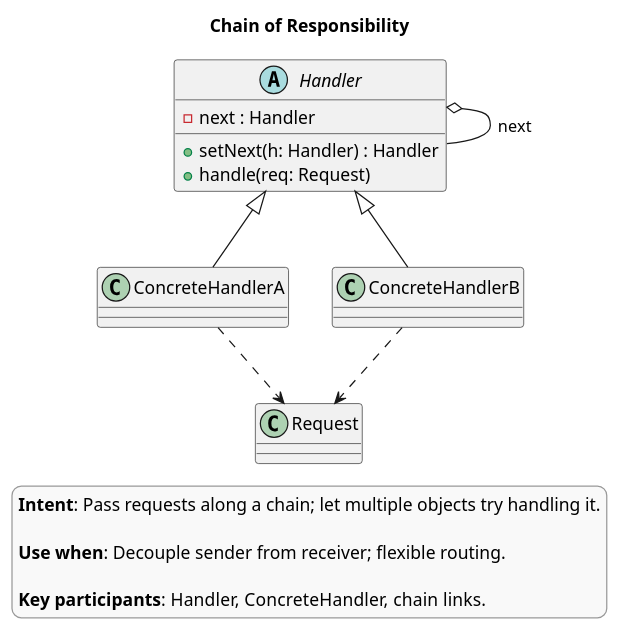
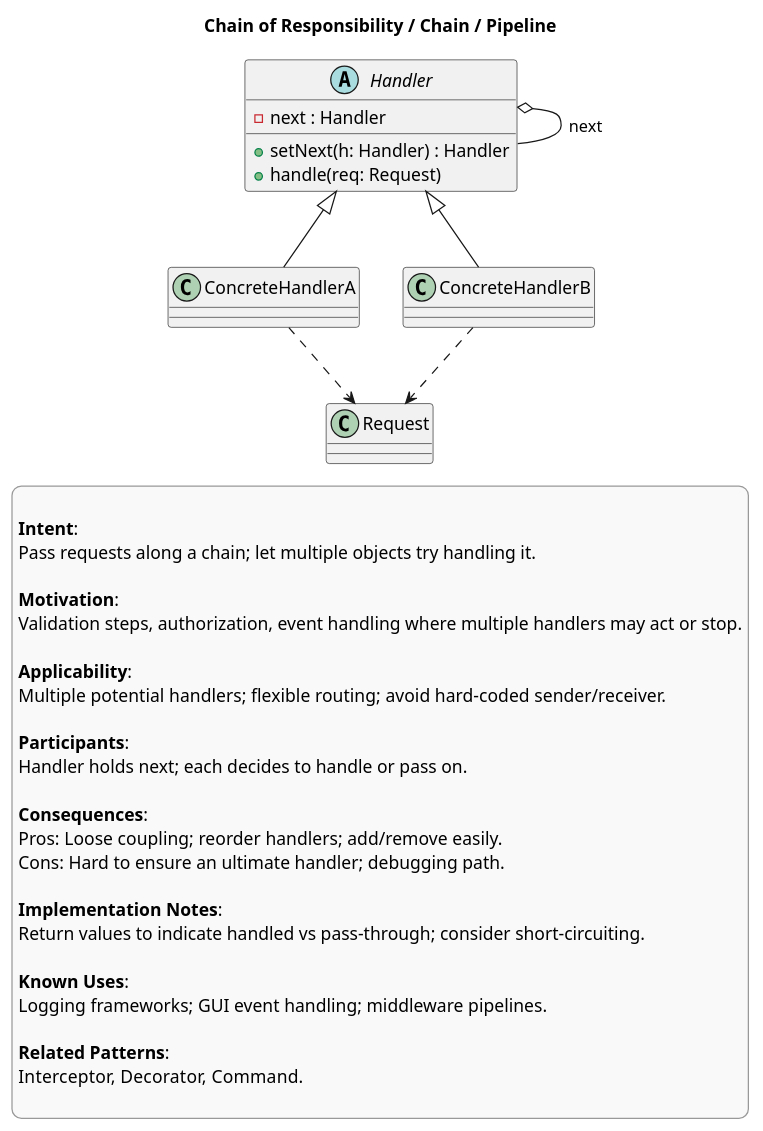
The diagram in theory/behavioral/chain_of_responsibility.puml (AkselErenberk/design-patterns), drawn with PlantUML before and after one commit. The commit also changed 26 other files, not shown here.

Commit message:
design pattern class diagrams

```diff
--- a/theory/behavioral/chain_of_responsibility.puml
+++ b/theory/behavioral/chain_of_responsibility.puml
@@ -1,31 +1,52 @@
 @startuml
-title Chain of Responsibility
+title Chain of Responsibility / Chain / Pipeline
 
 skinparam legendBackgroundColor #f9f9f9
 skinparam legendBorderColor #999999
 
 legend right
-**Intent**: Pass requests along a chain; let multiple objects try handling it.
 
-**Use when**: Decouple sender from receiver; flexible routing.
+**Intent**:
+Pass requests along a chain; let multiple objects try handling it.
 
-**Key participants**: Handler, ConcreteHandler, chain links.
+**Motivation**:
+Validation steps, authorization, event handling where multiple handlers may act or stop.
+
+**Applicability**:
+Multiple potential handlers; flexible routing; avoid hard-coded sender/receiver.
+
+**Participants**:
+Handler holds next; each decides to handle or pass on.
+
+**Consequences**:
+Pros: Loose coupling; reorder handlers; add/remove easily.
+Cons: Hard to ensure an ultimate handler; debugging path.
+
+**Implementation Notes**:
+Return values to indicate handled vs pass-through; consider short-circuiting.
+
+**Known Uses**:
+Logging frameworks; GUI event handling; middleware pipelines.
+
+**Related Patterns**:
+Interceptor, Decorator, Command.
+
 endlegend
 
 abstract class Handler {
   -next : Handler
   +setNext(h: Handler) : Handler
   +handle(req: Request)
 }
 
 class ConcreteHandlerA
 class ConcreteHandlerB
 
 class Request
 
 Handler <|-- ConcreteHandlerA
 Handler <|-- ConcreteHandlerB
 Handler o-- Handler : next
 ConcreteHandlerA ..> Request
 ConcreteHandlerB ..> Request
 @enduml
```
